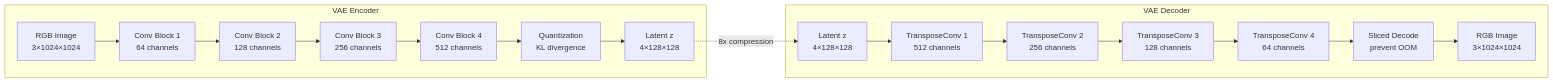
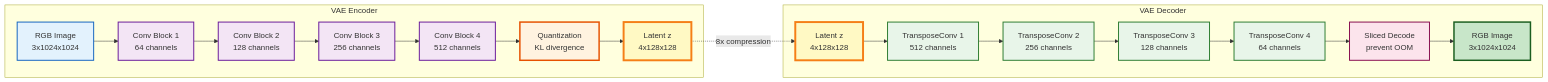
The eighth of 25 diagrams in Documentation.md (Abhyu-S/kortex-sdxl), drawn with Mermaid before and after one commit. The commit also changed other lines of this file and 1 other file, not shown here.

````diff
--- a/Documentation.md
+++ b/Documentation.md
@@ -328,22 +367,30 @@
 ```mermaid
 flowchart LR
-	subgraph VAE Encoder
-		Img[RGB Image<br/>3×1024×1024] --> C1[Conv Block 1<br/>64 channels]
-		C1 --> C2[Conv Block 2<br/>128 channels]
-		C2 --> C3[Conv Block 3<br/>256 channels]
-		C3 --> C4[Conv Block 4<br/>512 channels]
-		C4 --> Quant[Quantization<br/>KL divergence]
-		Quant --> Latent[Latent z<br/>4×128×128]
+	subgraph Encoder["VAE Encoder"]
+		Img[RGB Image<br/>3x1024x1024]:::input --> C1[Conv Block 1<br/>64 channels]:::conv
+		C1 --> C2[Conv Block 2<br/>128 channels]:::conv
+		C2 --> C3[Conv Block 3<br/>256 channels]:::conv
+		C3 --> C4[Conv Block 4<br/>512 channels]:::conv
+		C4 --> Quant[Quantization<br/>KL divergence]:::quant
+		Quant --> Latent[Latent z<br/>4x128x128]:::latent
 	end
 	
-	subgraph VAE Decoder
-		Latent2[Latent z<br/>4×128×128] --> D1[TransposeConv 1<br/>512 channels]
-		D1 --> D2[TransposeConv 2<br/>256 channels]
-		D2 --> D3[TransposeConv 3<br/>128 channels]
-		D3 --> D4[TransposeConv 4<br/>64 channels]
-		D4 --> Slice[Sliced Decode<br/>prevent OOM]
-		Slice --> ImgOut[RGB Image<br/>3×1024×1024]
+	subgraph Decoder["VAE Decoder"]
+		Latent2[Latent z<br/>4x128x128]:::latent --> D1[TransposeConv 1<br/>512 channels]:::deconv
+		D1 --> D2[TransposeConv 2<br/>256 channels]:::deconv
+		D2 --> D3[TransposeConv 3<br/>128 channels]:::deconv
+		D3 --> D4[TransposeConv 4<br/>64 channels]:::deconv
+		D4 --> Slice[Sliced Decode<br/>prevent OOM]:::slice
+		Slice --> ImgOut[RGB Image<br/>3x1024x1024]:::output
 	end
 	
 	Latent -.8x compression.-> Latent2
+	
+	classDef input fill:#e3f2fd,stroke:#1565c0,stroke-width:2px
+	classDef conv fill:#f3e5f5,stroke:#6a1b9a,stroke-width:2px
+	classDef quant fill:#fff3e0,stroke:#e65100,stroke-width:3px
+	classDef latent fill:#fff9c4,stroke:#f57f17,stroke-width:4px
+	classDef deconv fill:#e8f5e9,stroke:#2e7d32,stroke-width:2px
+	classDef slice fill:#fce4ec,stroke:#880e4f,stroke-width:2px
+	classDef output fill:#c8e6c9,stroke:#1b5e20,stroke-width:3px
 ```
````
